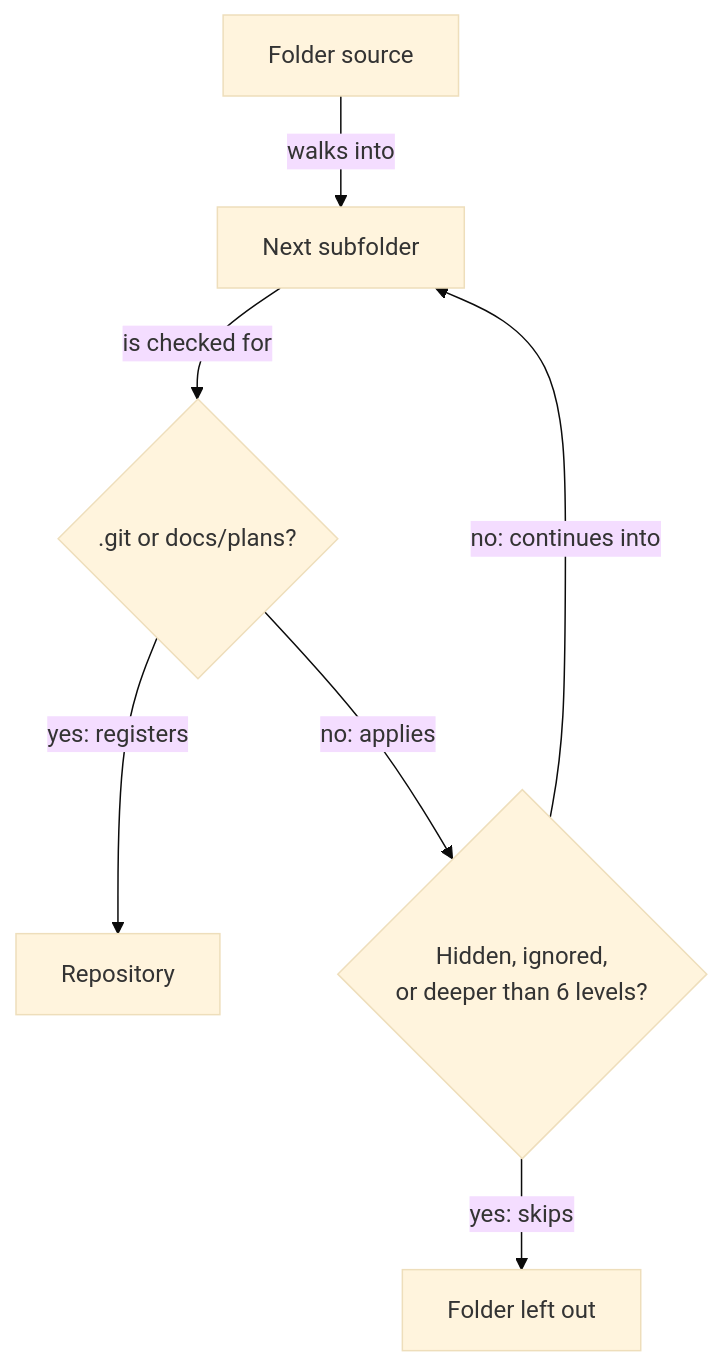
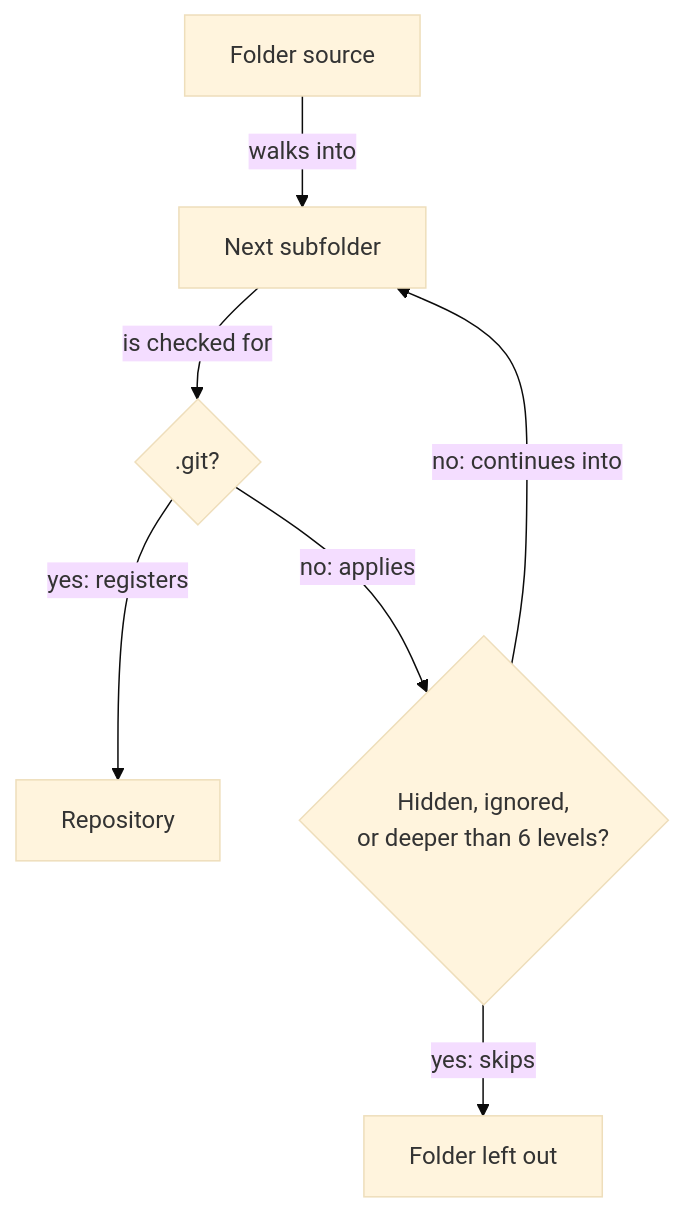
The second of 2 diagrams in docs/user/reference/repositories.md (kirinmurphy/roborepo-alpha), drawn with Mermaid (base theme) before and after one commit. The commit also changed other lines of this file and 179 other files, not shown here.

````diff
--- a/docs/user/reference/repositories.md
+++ b/docs/user/reference/repositories.md
@@ -81,9 +81,9 @@
 ```mermaid
 flowchart TD
   Root["Folder source"] -->|walks into| Folder["Next subfolder"]
-  Folder -->|is checked for| Q{".git or docs/plans?"}
+  Folder -->|is checked for| Q{".git?"}
   Q -->|yes: registers| Repo["Repository"]
   Q -->|no: applies| Skip{"Hidden, ignored,<br/>or deeper than 6 levels?"}
   Skip -->|yes: skips| Done["Folder left out"]
   Skip -->|no: continues into| Folder
 ```
````
